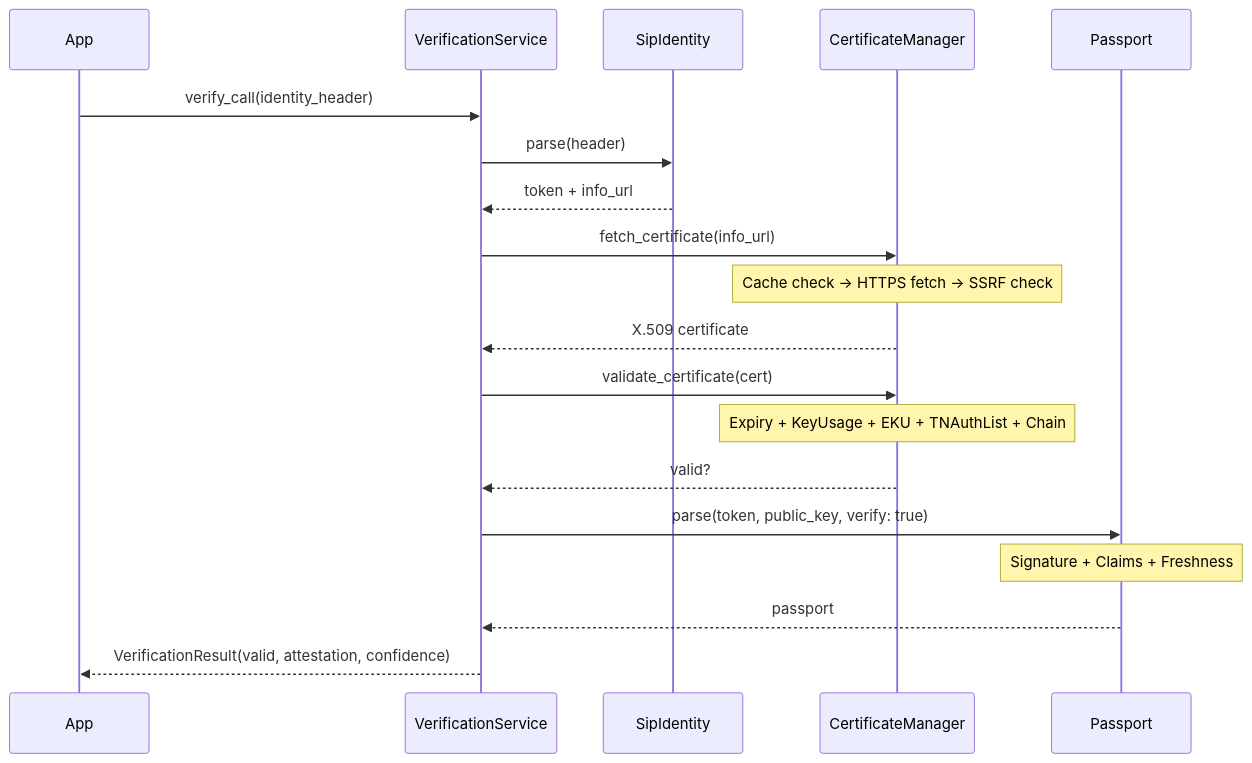
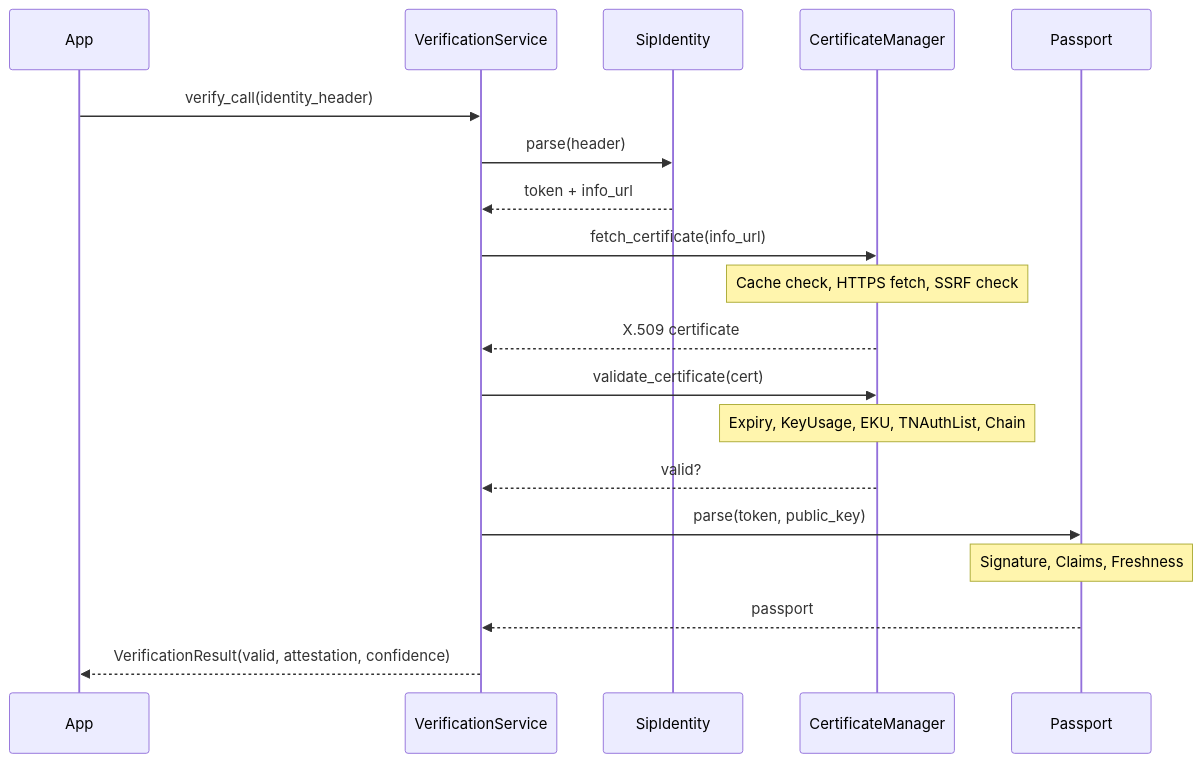
The third of 5 diagrams in README.md (briankwest/stirshaken-ruby), drawn with Mermaid before and after one commit. The commit also changed other lines of this file, not shown here.

First line of the commit message:
fix: Escape special characters in Mermaid diagrams

````diff
--- a/README.md
+++ b/README.md
@@ -57,26 +57,26 @@
 ```mermaid
 sequenceDiagram
     participant App
     participant VerifySvc as VerificationService
     participant SipIdentity
     participant CertMgr as CertificateManager
     participant Passport
 
     App->>VerifySvc: verify_call(identity_header)
     VerifySvc->>SipIdentity: parse(header)
     SipIdentity-->>VerifySvc: token + info_url
 
     VerifySvc->>CertMgr: fetch_certificate(info_url)
-    Note over CertMgr: Cache check -> HTTPS fetch -> SSRF check
+    Note over CertMgr: Cache check, HTTPS fetch, SSRF check
     CertMgr-->>VerifySvc: X.509 certificate
 
     VerifySvc->>CertMgr: validate_certificate(cert)
-    Note over CertMgr: Expiry + KeyUsage + EKU + TNAuthList + Chain
+    Note over CertMgr: Expiry, KeyUsage, EKU, TNAuthList, Chain
     CertMgr-->>VerifySvc: valid?
 
-    VerifySvc->>Passport: parse(token, public_key, verify: true)
-    Note over Passport: Signature + Claims + Freshness
+    VerifySvc->>Passport: parse(token, public_key)
+    Note over Passport: Signature, Claims, Freshness
     Passport-->>VerifySvc: passport
 
     VerifySvc-->>App: VerificationResult(valid, attestation, confidence)
 ```
````
